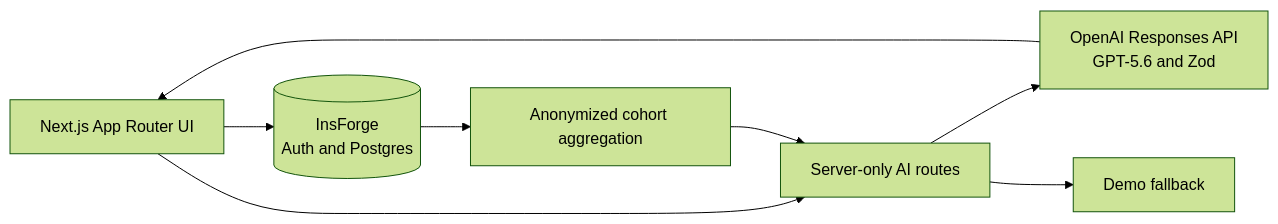
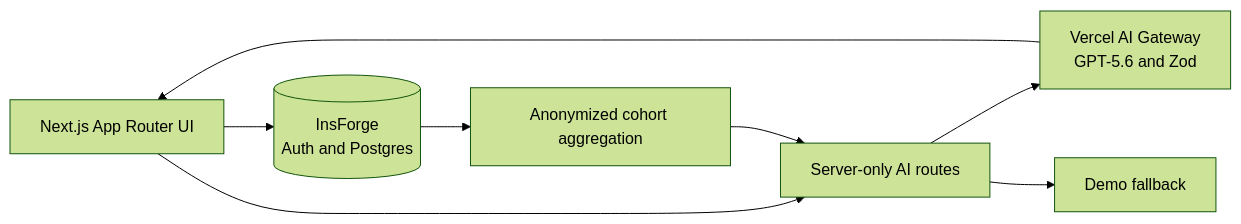
Before and after one commit to nvmmonsalud/caseloop: the diagram in README.md, drawn with Mermaid (forest theme). The commit also changed other lines of this file and 18 other files, not shown here.

Commit message:
feat: route GPT-5.6 through AI Gateway

````diff
--- a/README.md
+++ b/README.md
@@ -28,10 +28,10 @@
 ```mermaid
 flowchart LR
   UI[Next.js App Router UI] --> API[Server-only AI routes]
-  API --> R[OpenAI Responses API\nGPT-5.6 and Zod]
+  API --> R[Vercel AI Gateway\nGPT-5.6 and Zod]
   API --> D[Demo fallback]
   UI --> S[(InsForge\nAuth and Postgres)]
   S --> A[Anonymized cohort aggregation]
   A --> API
   R --> UI
 ```
````
